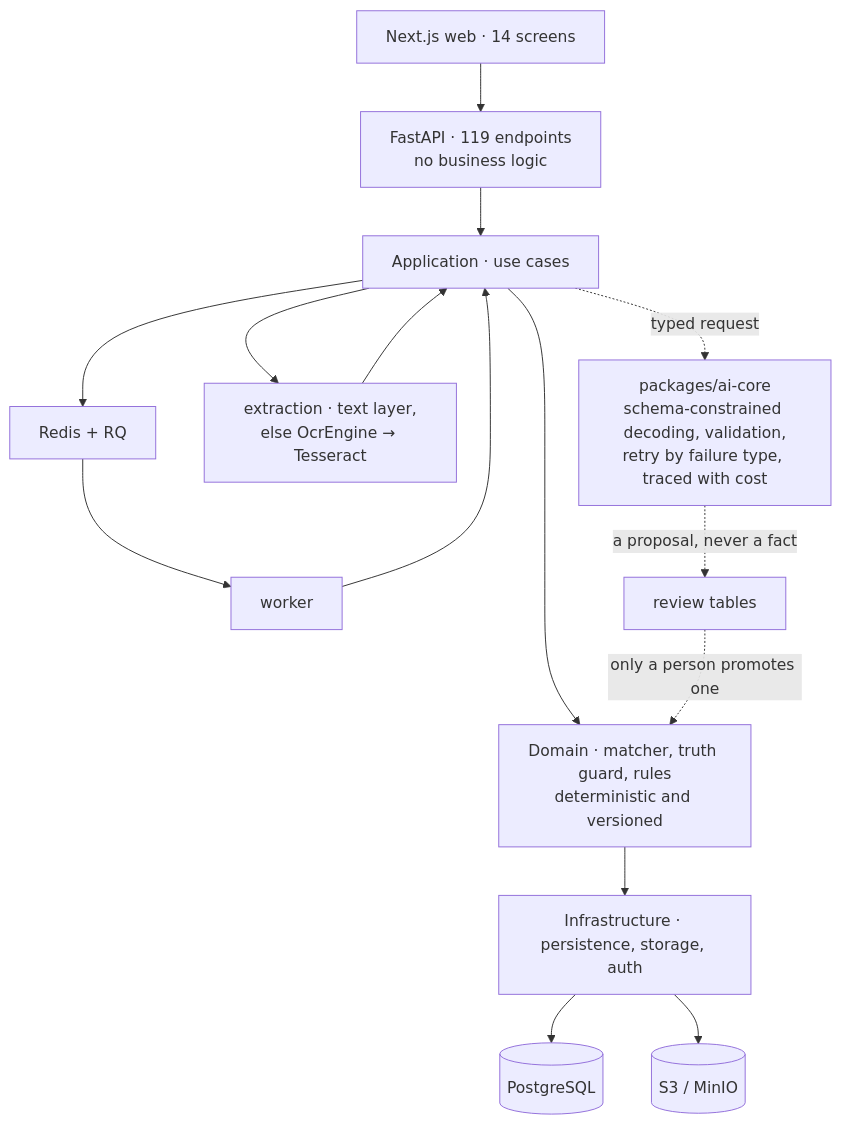
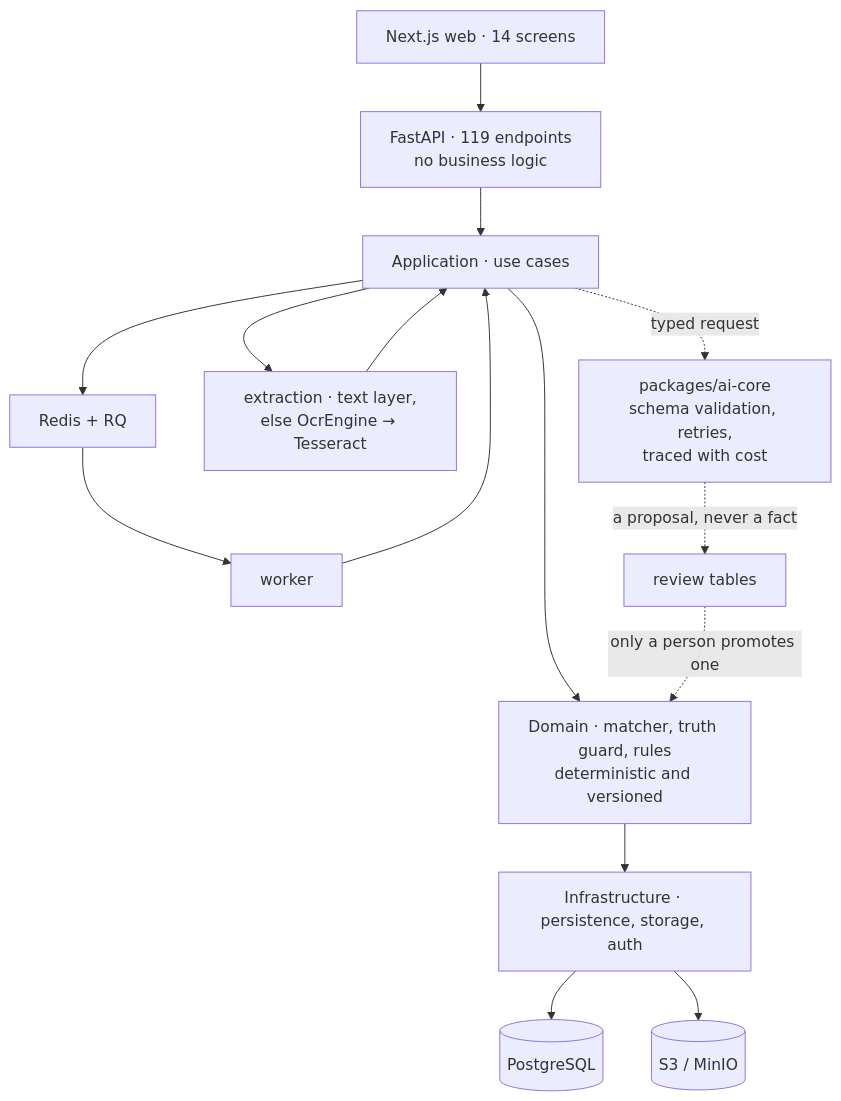
One commit to SnirY/job-intelligence-platform changed the diagram in README.md. Above: the diagram before and after it, drawn with Mermaid. The commit also changed other lines of this file and 6 other files, not shown here.

````diff
--- a/README.md
+++ b/README.md
@@ -119,20 +65,20 @@
 ```mermaid
 flowchart TD
     Web["Next.js web · 14 screens"] --> API["FastAPI · 119 endpoints<br/>no business logic"]
     API --> App["Application · use cases"]
     App --> Dom["Domain · matcher, truth guard, rules<br/>deterministic and versioned"]
     Dom --> Inf["Infrastructure · persistence, storage, auth"]
     Inf --> DB[("PostgreSQL")]
     Inf --> Obj[("S3 / MinIO")]
 
     App --> Queue["Redis + RQ"]
     Queue --> Worker["worker"]
     Worker --> App
 
     App --> Extract["extraction · text layer,<br/>else OcrEngine → Tesseract"]
     Extract --> App
 
-    App -. "typed request" .-> Core["packages/ai-core<br/>schema-constrained decoding, validation,<br/>retry by failure type, traced with cost"]
+    App -. "typed request" .-> Core["packages/ai-core<br/>schema validation, retries,<br/>traced with cost"]
     Core -. "a proposal, never a fact" .-> Review["review tables"]
     Review -. "only a person promotes one" .-> Dom
 ```
````
